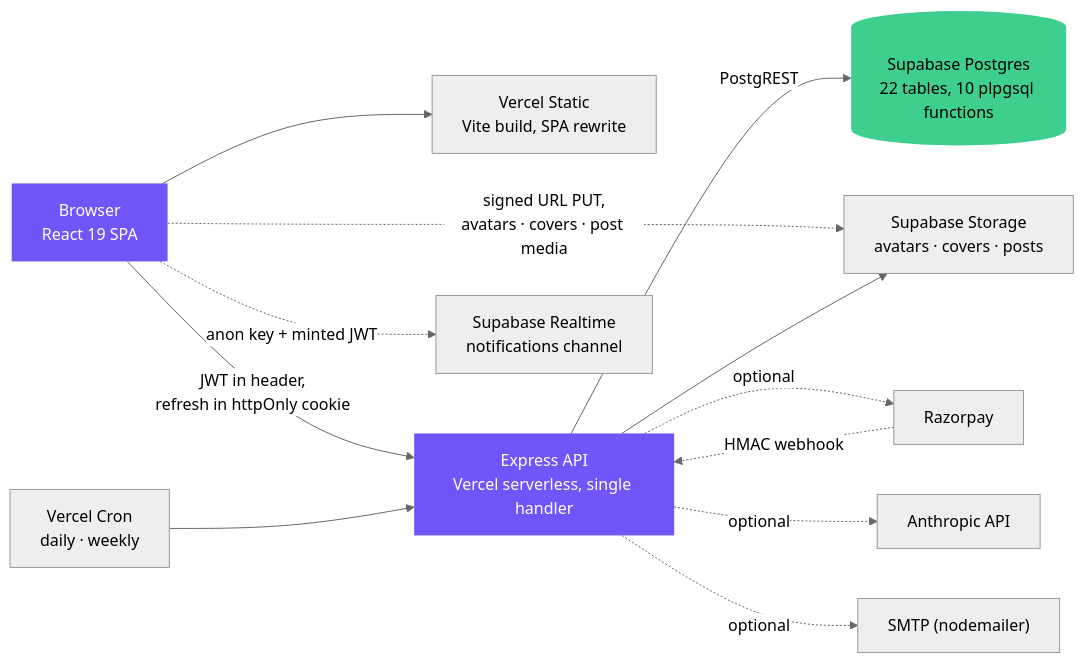
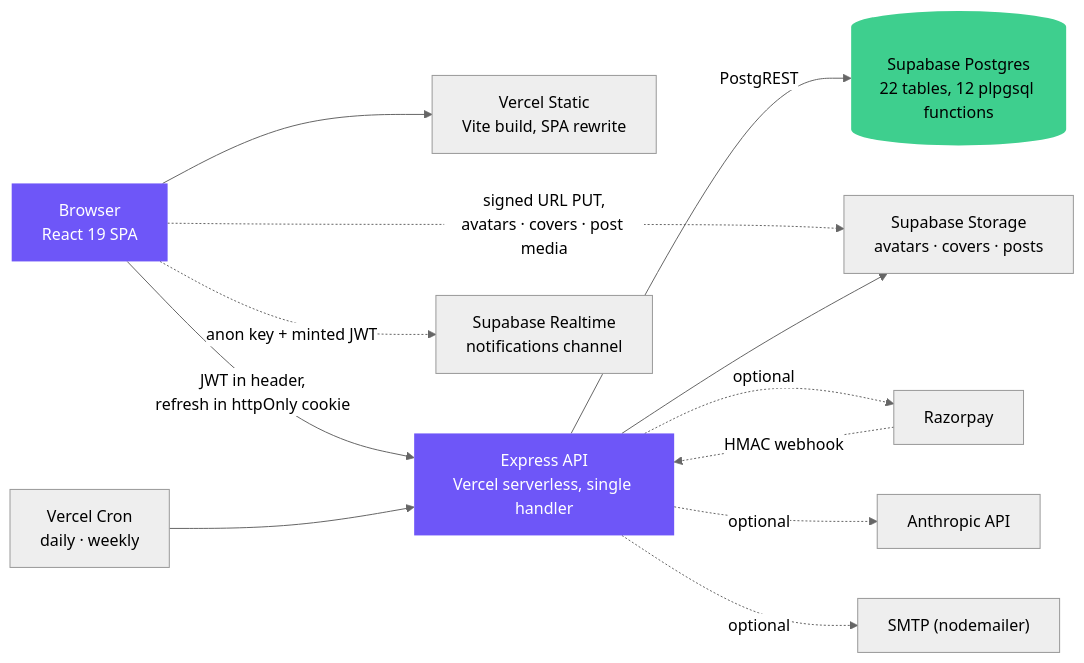
One commit to vikramyadav1404/nexora changed the diagram in README.md. Above: the diagram before and after it, drawn with Mermaid (neutral theme). The commit also changed other lines of this file, not shown here.

````diff
--- a/README.md
+++ b/README.md
@@ -9,29 +9,29 @@
 ```mermaid
 flowchart LR
     B["Browser<br/>React 19 SPA"]
     S["Vercel Static<br/>Vite build, SPA rewrite"]
     A["Express API<br/>Vercel serverless, single handler"]
-    PG[("Supabase Postgres<br/>22 tables, 10 plpgsql functions")]
+    PG[("Supabase Postgres<br/>22 tables, 12 plpgsql functions")]
     ST["Supabase Storage<br/>avatars · covers · posts"]
     RT["Supabase Realtime<br/>notifications channel"]
     CR["Vercel Cron<br/>daily · weekly"]
     RZ["Razorpay"]
     AN["Anthropic API"]
     SM["SMTP (nodemailer)"]
 
     B --> S
     B -->|"JWT in header,<br/>refresh in httpOnly cookie"| A
     B -.->|"signed URL PUT,<br/>avatars · covers · post media"| ST
     B -.->|"anon key + minted JWT"| RT
     A -->|PostgREST| PG
     A --> ST
     A -.optional.-> RZ
     A -.optional.-> AN
     A -.optional.-> SM
     RZ -.->|"HMAC webhook"| A
     CR --> A
 
     style B fill:#6E56F8,color:#fff,stroke:none
     style A fill:#6E56F8,color:#fff,stroke:none
     style PG fill:#3ECF8E,color:#000,stroke:none
 ```
````
